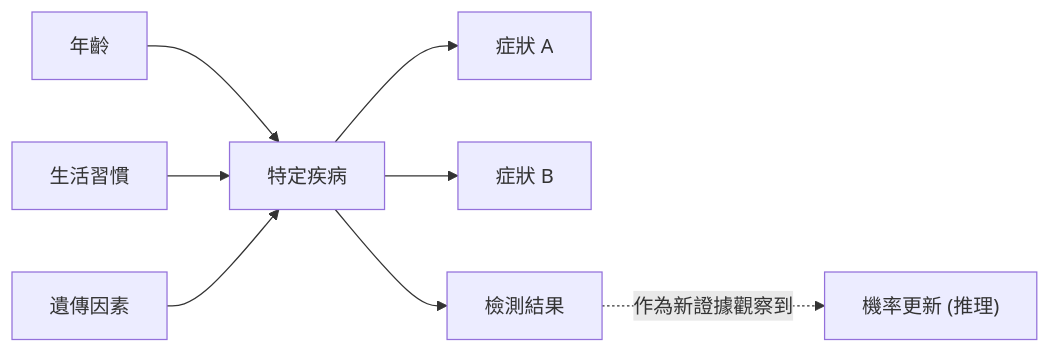
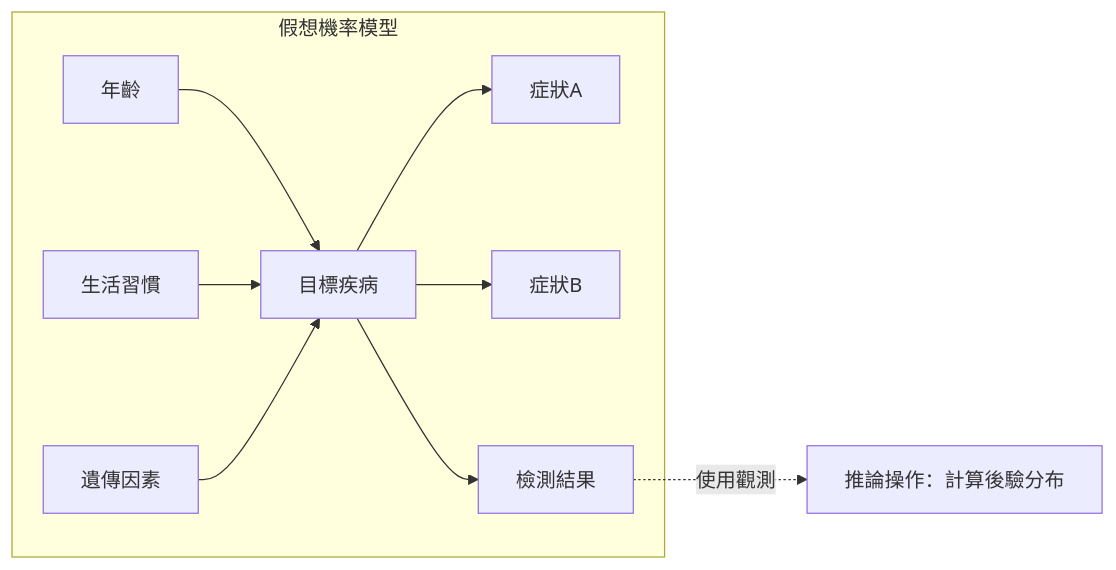
The second of 2 diagrams in content/post/bayes-theorem/index.zh-tw.md (kenjinote/blog), drawn with Mermaid before and after one commit. The commit also changed other lines of this file and 8 other files, not shown here.

````diff
--- a/content/post/bayes-theorem/index.zh-tw.md
+++ b/content/post/bayes-theorem/index.zh-tw.md
@@ -116,12 +161,12 @@
 ```mermaid
 flowchart LR
-    Age["年齡"] --> Disease["特定疾病"]
-    Lifestyle["生活習慣"] --> Disease
-    Genes["遺傳因素"] --> Disease
-    
-    Disease --> SymptomA["症狀 A"]
-    Disease --> SymptomB["症狀 B"]
-    Disease --> TestResult["檢測結果"]
-    
-    TestResult -.->|"作為新證據觀察到"| Update["機率更新 (推理)"]
+    subgraph Model["假想機率模型"]
+        Age["年齡"] --> Disease["目標疾病"]
+        Lifestyle["生活習慣"] --> Disease
+        Genes["遺傳因素"] --> Disease
+        Disease --> SymptomA["症狀A"]
+        Disease --> SymptomB["症狀B"]
+        Disease --> TestResult["檢測結果"]
+    end
+    TestResult -.->|"使用觀測"| Inference["推論操作：計算後驗分布"]
 ```
````
